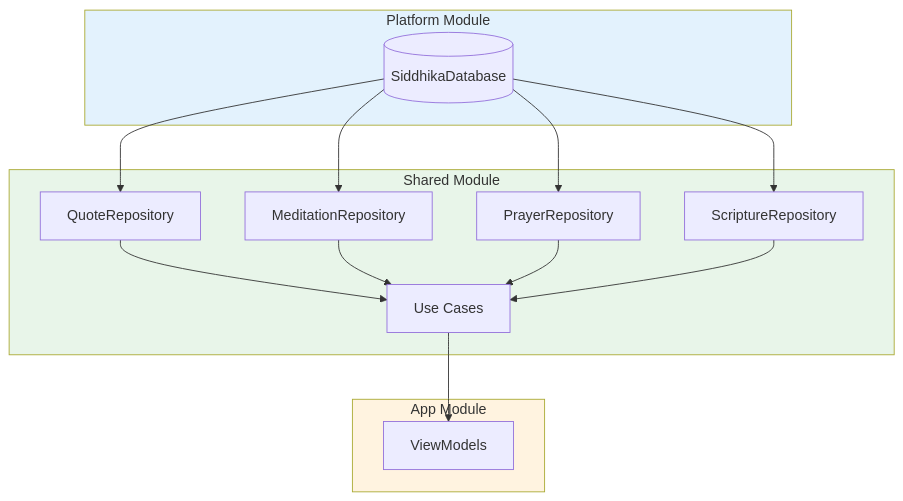
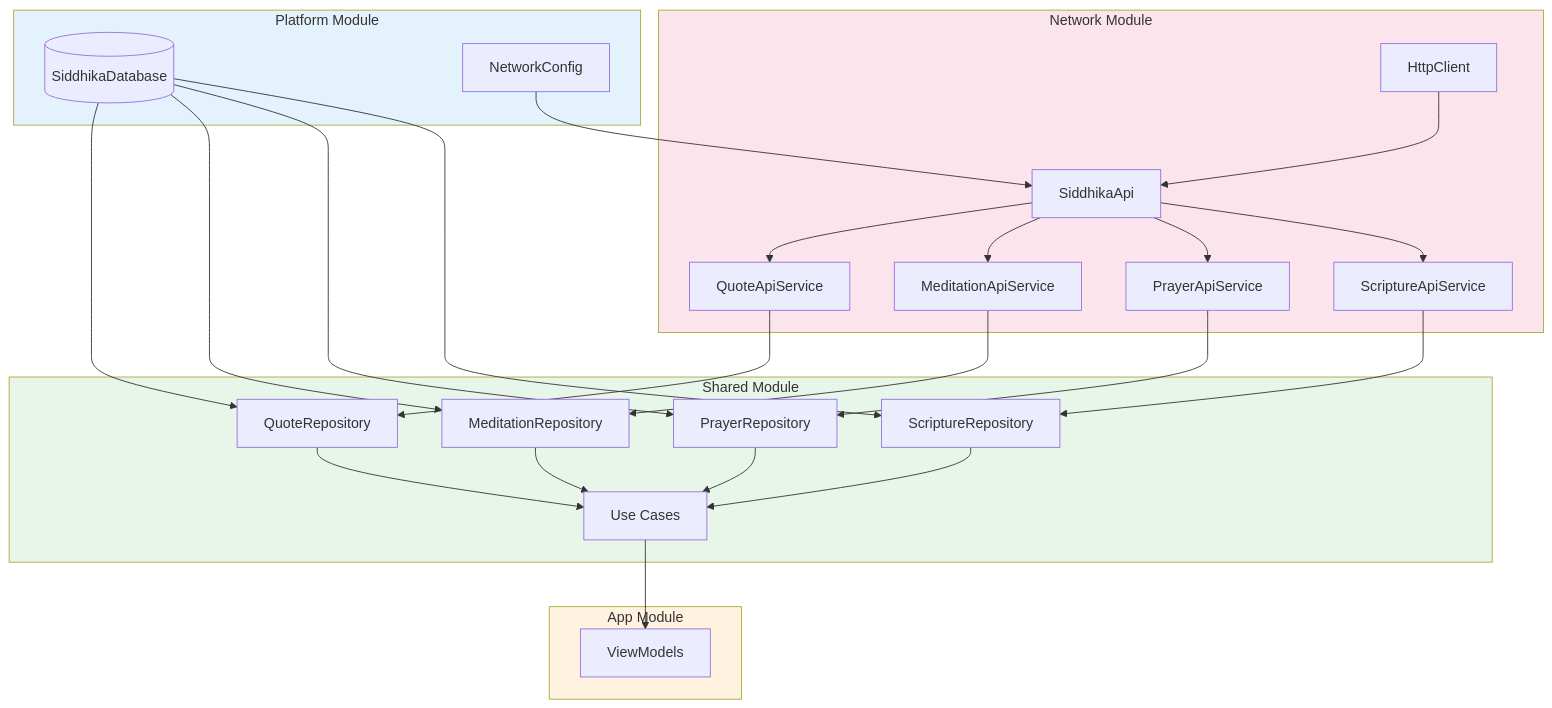
Before and after one commit to kundan35/Siddhika: the sixth of 6 diagrams in README.md, drawn with Mermaid. The commit also changed other lines of this file, not shown here.

First line of the commit message:
Update README with backend API docs, UiState pattern, and auth features

````diff
--- a/README.md
+++ b/README.md
@@ -593,35 +567,57 @@
 ```mermaid
 graph TB
     subgraph Platform["Platform Module"]
         DB[("SiddhikaDatabase")]
+        NC["NetworkConfig"]
+    end
+
+    subgraph Network["Network Module"]
+        HC["HttpClient"]
+        API["SiddhikaApi"]
+        QAS["QuoteApiService"]
+        MAS["MeditationApiService"]
+        PAS["PrayerApiService"]
+        SAS["ScriptureApiService"]
     end
 
     subgraph Shared["Shared Module"]
         QR["QuoteRepository"]
         MR["MeditationRepository"]
         PR["PrayerRepository"]
         SR["ScriptureRepository"]
-
         UC["Use Cases"]
     end
 
     subgraph App["App Module"]
         VM["ViewModels"]
     end
 
+    NC --> API
+    HC --> API
+    API --> QAS
+    API --> MAS
+    API --> PAS
+    API --> SAS
+
     DB --> QR
     DB --> MR
     DB --> PR
     DB --> SR
+
+    QAS --> QR
+    MAS --> MR
+    PAS --> PR
+    SAS --> SR
 
     QR --> UC
     MR --> UC
     PR --> UC
     SR --> UC
 
     UC --> VM
 
     style Platform fill:#e3f2fd
+    style Network fill:#fce4ec
     style Shared fill:#e8f5e9
     style App fill:#fff3e0
 ```
````
